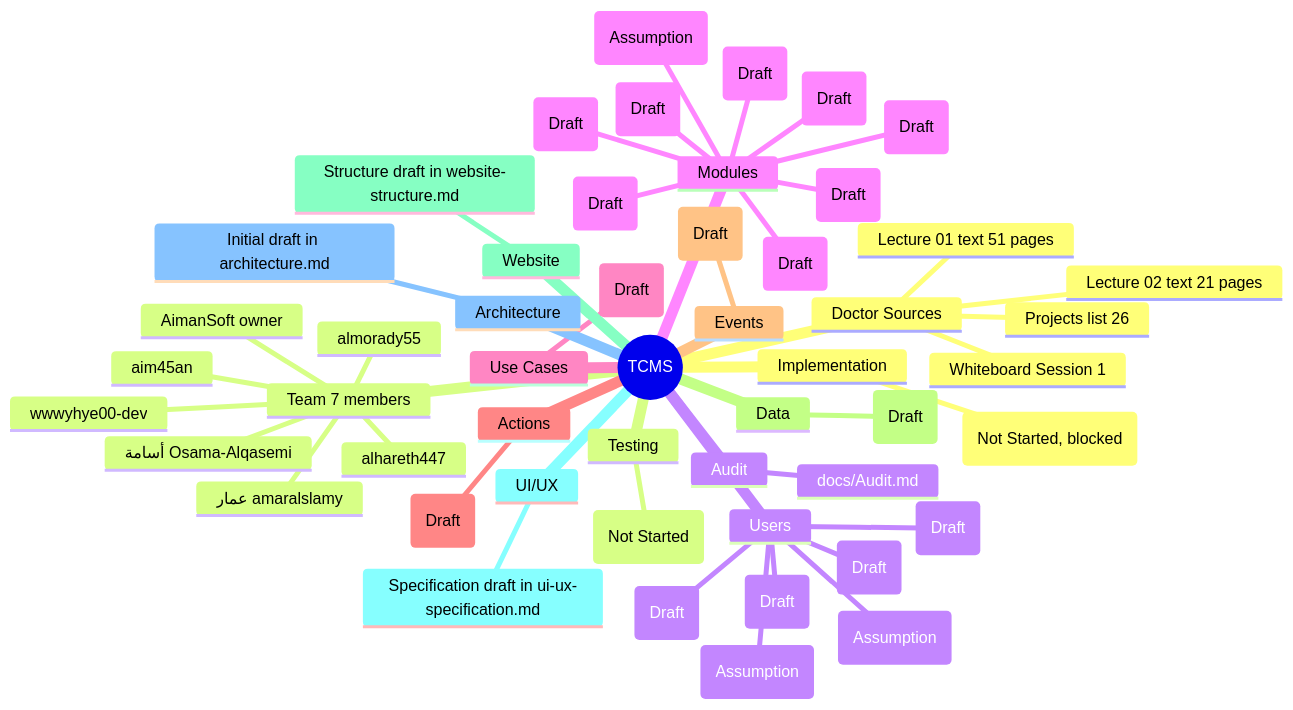
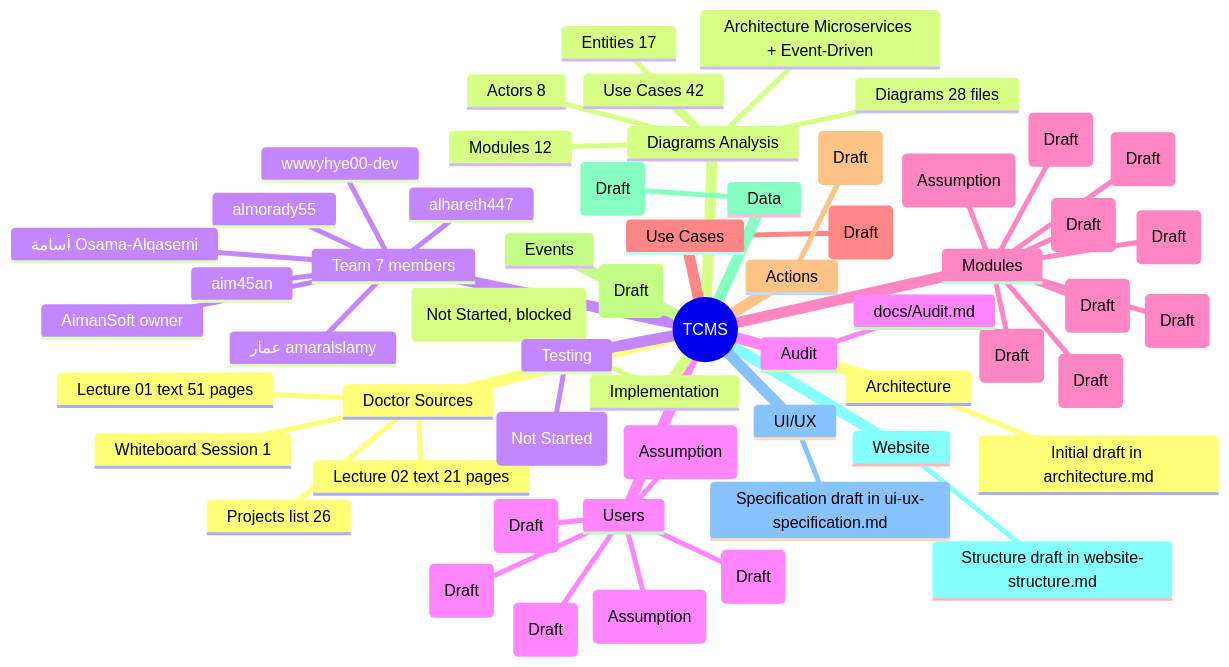
The diagram in docs/mindmap.md (AimanSoft/Telecome-Mangment-System), drawn with Mermaid before and after one commit. The commit also changed other lines of this file and 69 other files, not shown here.

First line of the commit message:
docs: populate phases 2/3/5/7 from 28 team diagrams

````diff
--- a/docs/mindmap.md
+++ b/docs/mindmap.md
@@ -11,54 +11,61 @@
 ```mermaid
 mindmap
   root((TCMS))
     Doctor Sources
       Lecture 01 text 51 pages
       Lecture 02 text 21 pages
       Projects list 26
       Whiteboard Session 1
+    Diagrams Analysis
+      Actors 8
+      Modules 12
+      Use Cases 42
+      Entities 17
+      Architecture Microservices + Event-Driven
+      Diagrams 28 files
     Team 7 members
       AimanSoft owner
       aim45an
       wwwyhye00-dev
       almorady55
       alhareth447
       عمار amaralslamy
       أسامة Osama-Alqasemi
     Users
       Administrator (Draft)
       Customer Service (Draft)
       Billing / Finance (Draft)
       Sales (Draft)
       Subscriber (Assumption)
       Technician / Field (Assumption)
     Modules
       Subscriber Management (Draft)
       Packages / Offers (Draft)
       Billing & Invoicing (Draft)
       Payments (Draft)
       Complaints & Support (Draft)
       Sales / Orders (Draft)
       Inventory SIM & Devices (Assumption)
       Reporting & Dashboards (Draft)
       Administration & Roles (Draft)
     Use Cases
       Initial set in use-case-scenario.md (Draft)
     Actions
       Per use case in use-case-action.md (Draft)
     Events
       Flow of event in flow-of-event.md (Draft)
     Data
       Entities in data-flow.md (Draft)
     Website
       Structure draft in website-structure.md
     UI/UX
       Specification draft in ui-ux-specification.md
     Architecture
       Initial draft in architecture.md
     Implementation
       Phase 6 (Not Started, blocked)
     Testing
       Phase 7 (Not Started)
     Audit
       docs/Audit.md
 ```
````
